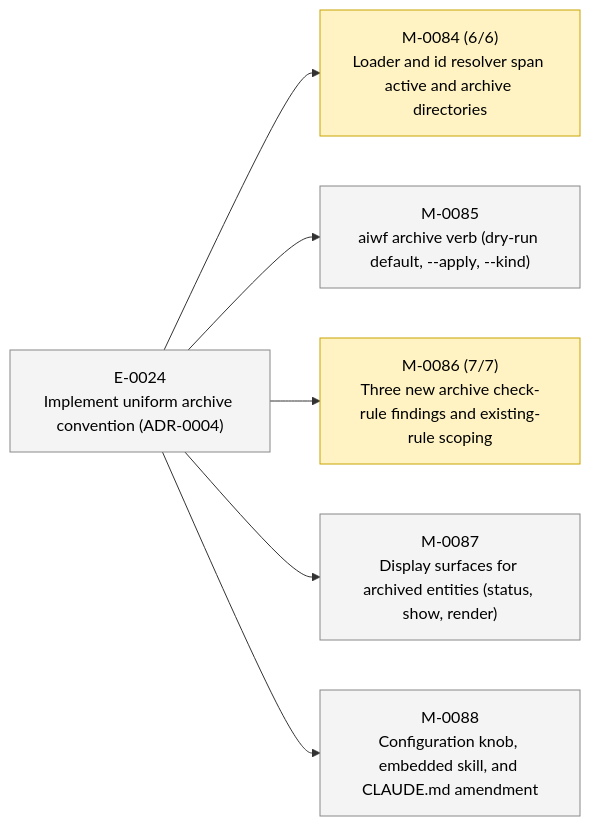
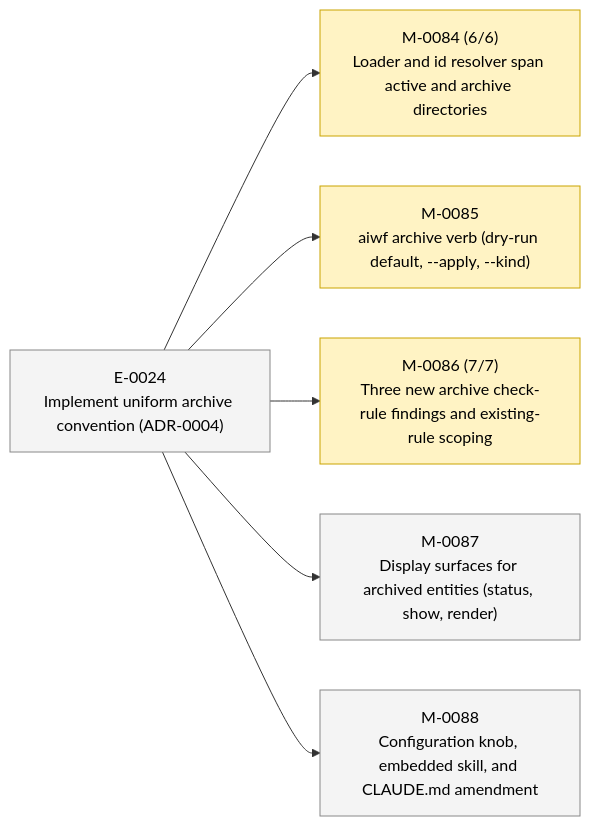
Before and after one commit to 23min/aiwf: the second of 2 diagrams in STATUS.md, drawn with Mermaid. The commit also changed other lines of this file and 1 other file, not shown here.

First line of the commit message:
aiwf promote M-0085 draft -> in_progress

````diff
--- a/STATUS.md
+++ b/STATUS.md
@@ -49,20 +49,20 @@
 ```mermaid
 flowchart LR
   E_0024["E-0024<br/>Implement uniform archive convention (ADR-0004)"]:::epic_proposed
   M_0084["M-0084 (6/6)<br/>Loader and id resolver span active and archive directories"]:::ms_in_progress
   E_0024 --> M_0084
-  M_0085["M-0085<br/>aiwf archive verb (dry-run default, --apply, --kind)"]:::ms_draft
+  M_0085["M-0085<br/>aiwf archive verb (dry-run default, --apply, --kind)"]:::ms_in_progress
   E_0024 --> M_0085
   M_0086["M-0086 (7/7)<br/>Three new archive check-rule findings and existing-rule scoping"]:::ms_in_progress
   E_0024 --> M_0086
   M_0087["M-0087<br/>Display surfaces for archived entities (status, show, render)"]:::ms_draft
   E_0024 --> M_0087
   M_0088["M-0088<br/>Configuration knob, embedded skill, and CLAUDE.md amendment"]:::ms_draft
   E_0024 --> M_0088
   classDef epic_active fill:#d6eaff,stroke:#1a73e8,color:#000
   classDef epic_proposed fill:#f4f4f4,stroke:#888,color:#000
   classDef ms_done fill:#d8f5d8,stroke:#2a8a2a,color:#000
   classDef ms_in_progress fill:#fff3c4,stroke:#caa400,color:#000
   classDef ms_draft fill:#f4f4f4,stroke:#888,color:#000
   classDef ms_cancelled fill:#fbeaea,stroke:#c33,color:#000
 ```
````
